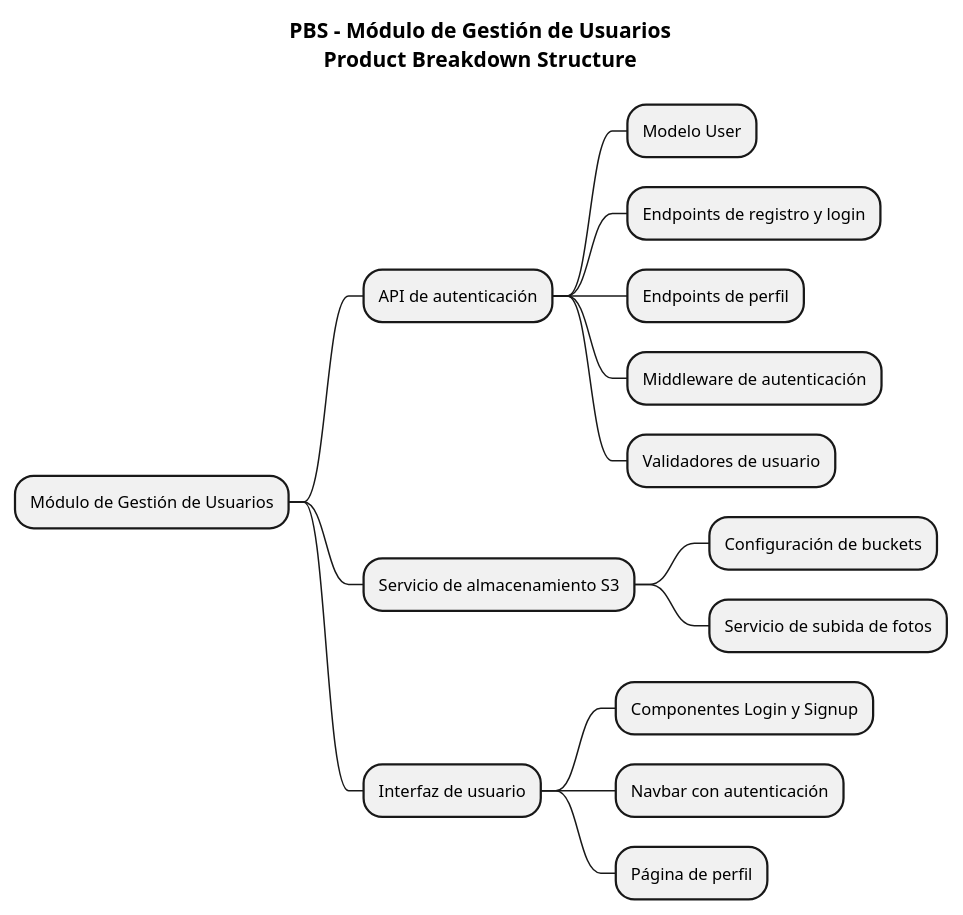
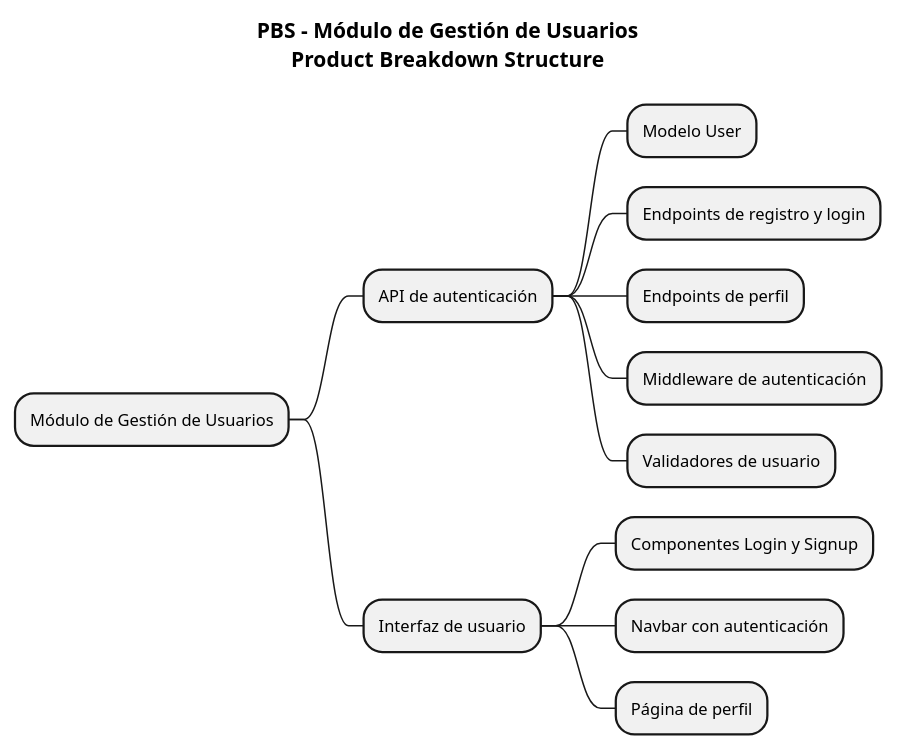
One commit to enolRodriguezHevia/tfg-wodbuster-ai changed the diagram in docs/pbs/diagrama-pbs-modulo-usuarios.puml. Above: the diagram before and after it, drawn with PlantUML. The commit also changed 43 other files, not shown here.

```diff
--- a/docs/pbs/diagrama-pbs-modulo-usuarios.puml
+++ b/docs/pbs/diagrama-pbs-modulo-usuarios.puml
@@ -1,32 +1,29 @@
 @startmindmap
 
 skinparam backgroundColor #FFFFFF
 skinparam shadowing false
 skinparam defaultFontSize 11
 skinparam mindmapDiagram {
   node {
     BackgroundColor lightGray
   }
   rootNode {
     BackgroundColor white
   }
 }
 
 title PBS - Módulo de Gestión de Usuarios\nProduct Breakdown Structure
 
 * Módulo de Gestión de Usuarios
 ** API de autenticación
 *** Modelo User
 *** Endpoints de registro y login
 *** Endpoints de perfil
 *** Middleware de autenticación
 *** Validadores de usuario
-** Servicio de almacenamiento S3
-*** Configuración de buckets
-*** Servicio de subida de fotos
 ** Interfaz de usuario
 *** Componentes Login y Signup
 *** Navbar con autenticación
 *** Página de perfil
 
 @endmindmap
```
